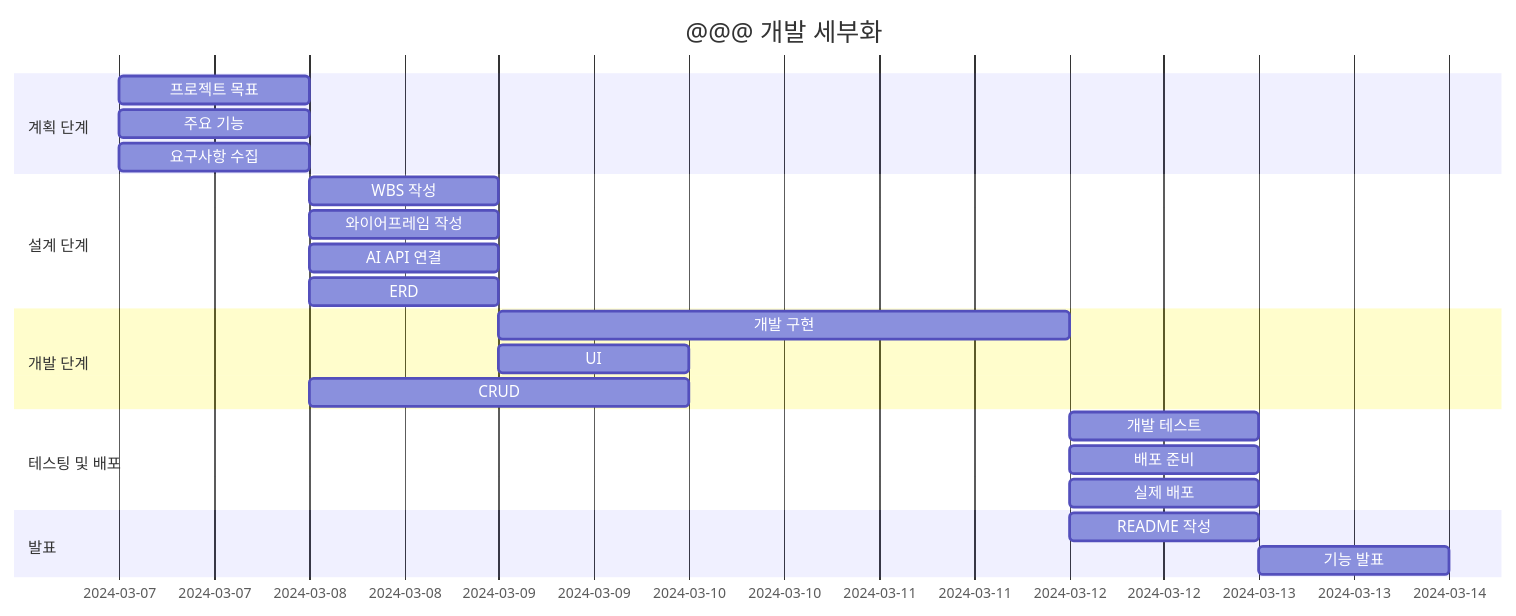
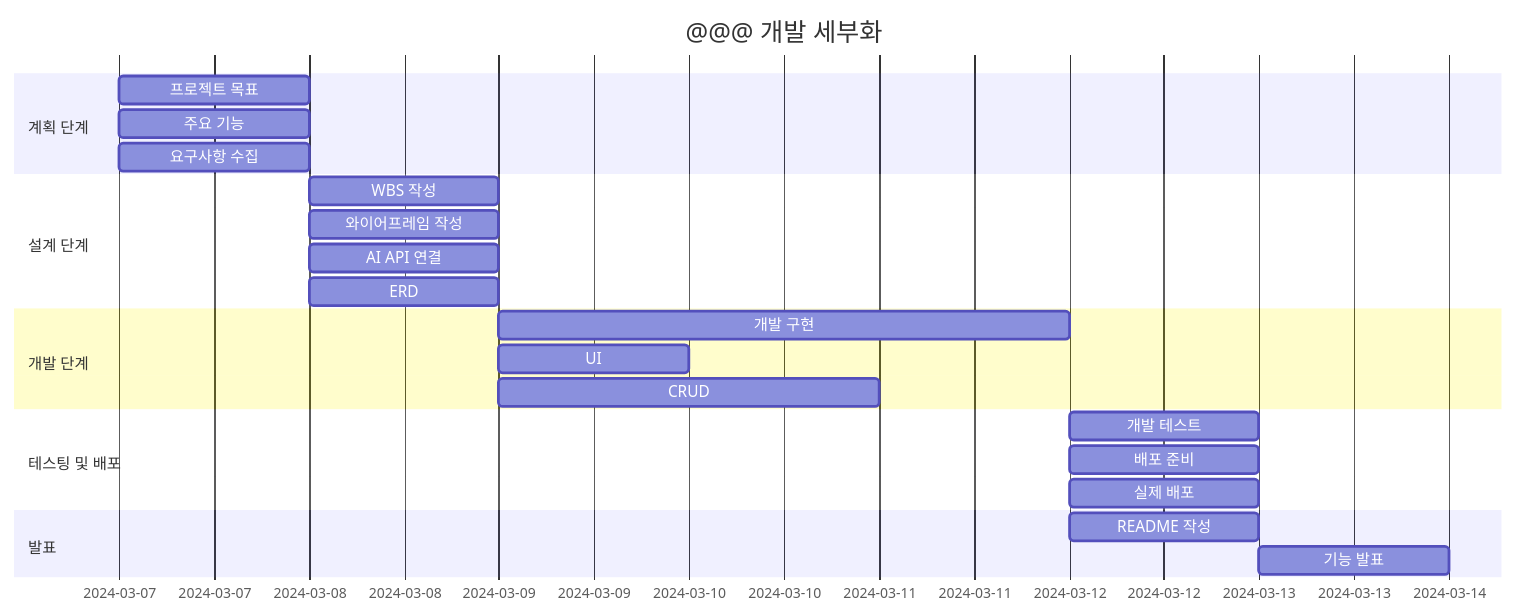
One commit to soohyun020812/Portfolio_CityDiary changed the diagram in README.md. Above: the diagram before and after it, drawn with Mermaid.

````diff
--- a/README.md
+++ b/README.md
@@ -25,30 +25,30 @@
 ```mermaid
 gantt
     title @@@ 개발 세부화
     dateFormat    YYYY-MM-DD
 
     section 계획 단계
     프로젝트 목표 : 2024-03-07, 1d
     주요 기능 : 2024-03-07, 1d
     요구사항 수집 : 2024-03-07, 1d
     
     section 설계 단계
     WBS 작성 : 2024-03-08, 1d
     와이어프레임 작성 : 2024-03-08, 1d
     AI API 연결 : 2024-03-08, 1d
     ERD : 2024-03-08, 1d
 
     section 개발 단계
     개발 구현 : 2024-03-09, 3d
     UI : 2024-03-09, 1d
-    CRUD : 2024-03-08, 2d
+    CRUD : 2024-03-09, 2d
     
     section 테스팅 및 배포
     개발 테스트 : 2024-03-12, 1d
     배포 준비 : 2024-03-12, 1d
     실제 배포 : 2024-03-12, 1d
 
     section 발표
     README 작성 : 2024-03-12, 1d
     기능 발표 : 2024-03-13, 1d
 ```
````
